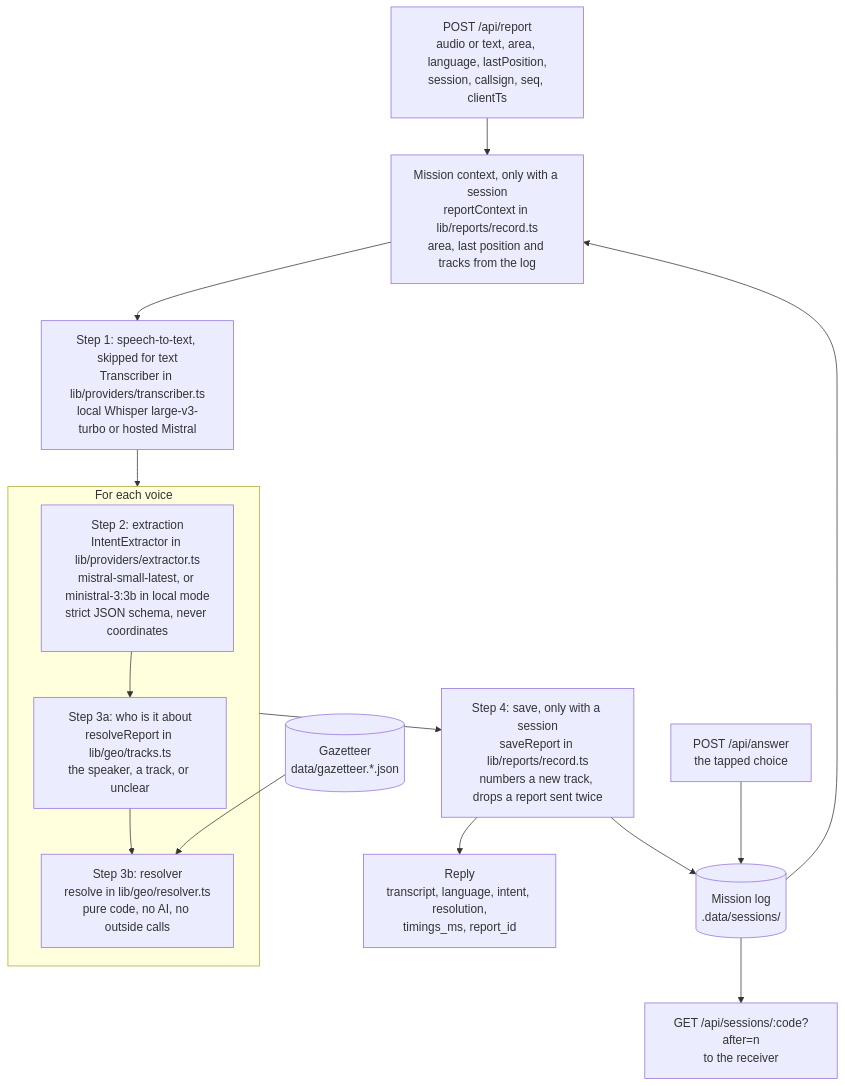
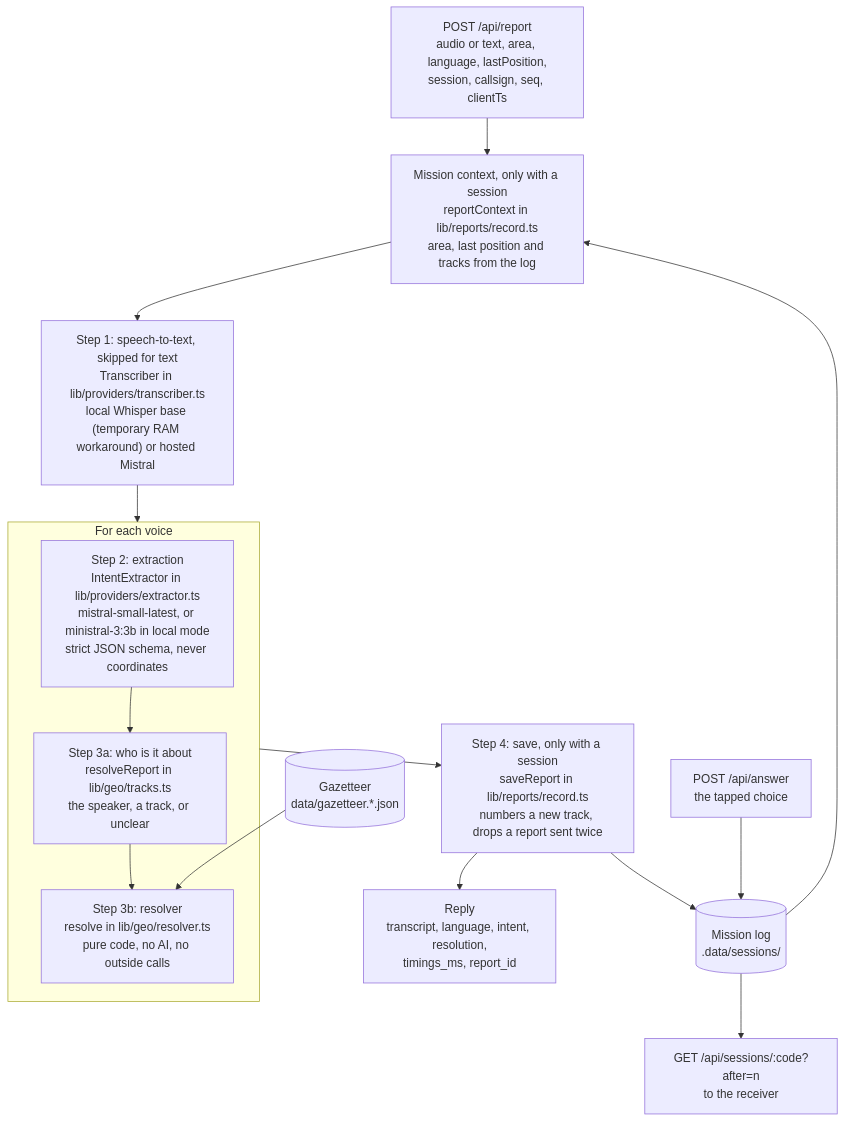
Before and after one commit to adam2765/edth-hackathon: the second of 4 diagrams in docs/architecture.md, drawn with Mermaid. The commit also changed other lines of this file and 8 other files, not shown here.

````diff
--- a/docs/architecture.md
+++ b/docs/architecture.md
@@ -73,25 +73,25 @@
 ```mermaid
 flowchart TB
     IN["POST /api/report<br/>audio or text, area, language, lastPosition,<br/>session, callsign, seq, clientTs"]
     CTX["Mission context, only with a session<br/>reportContext in lib/reports/record.ts<br/>area, last position and tracks from the log"]
-    STT["Step 1: speech-to-text, skipped for text<br/>Transcriber in lib/providers/transcriber.ts<br/>local Whisper large-v3-turbo or hosted Mistral"]
+    STT["Step 1: speech-to-text, skipped for text<br/>Transcriber in lib/providers/transcriber.ts<br/>local Whisper base (temporary RAM workaround) or hosted Mistral"]
     subgraph VOICES["For each voice"]
         EXT["Step 2: extraction<br/>IntentExtractor in lib/providers/extractor.ts<br/>mistral-small-latest, or ministral-3:3b in local mode<br/>strict JSON schema, never coordinates"]
         SUB["Step 3a: who is it about<br/>resolveReport in lib/geo/tracks.ts<br/>the speaker, a track, or unclear"]
         RES["Step 3b: resolver<br/>resolve in lib/geo/resolver.ts<br/>pure code, no AI, no outside calls"]
         EXT --> SUB --> RES
     end
     GAZ[("Gazetteer<br/>data/gazetteer.*.json")]
     SAVE["Step 4: save, only with a session<br/>saveReport in lib/reports/record.ts<br/>numbers a new track, drops a report sent twice"]
     OUT["Reply<br/>transcript, language, intent, resolution,<br/>timings_ms, report_id"]
     LOG[("Mission log<br/>.data/sessions/")]
     ANS["POST /api/answer<br/>the tapped choice"]
     READ["GET /api/sessions/:code?after=n<br/>to the receiver"]
 
     IN --> CTX --> STT --> VOICES --> SAVE --> OUT
     GAZ --> RES
     LOG --> CTX
     SAVE --> LOG
     ANS --> LOG
     LOG --> READ
 ```
````
